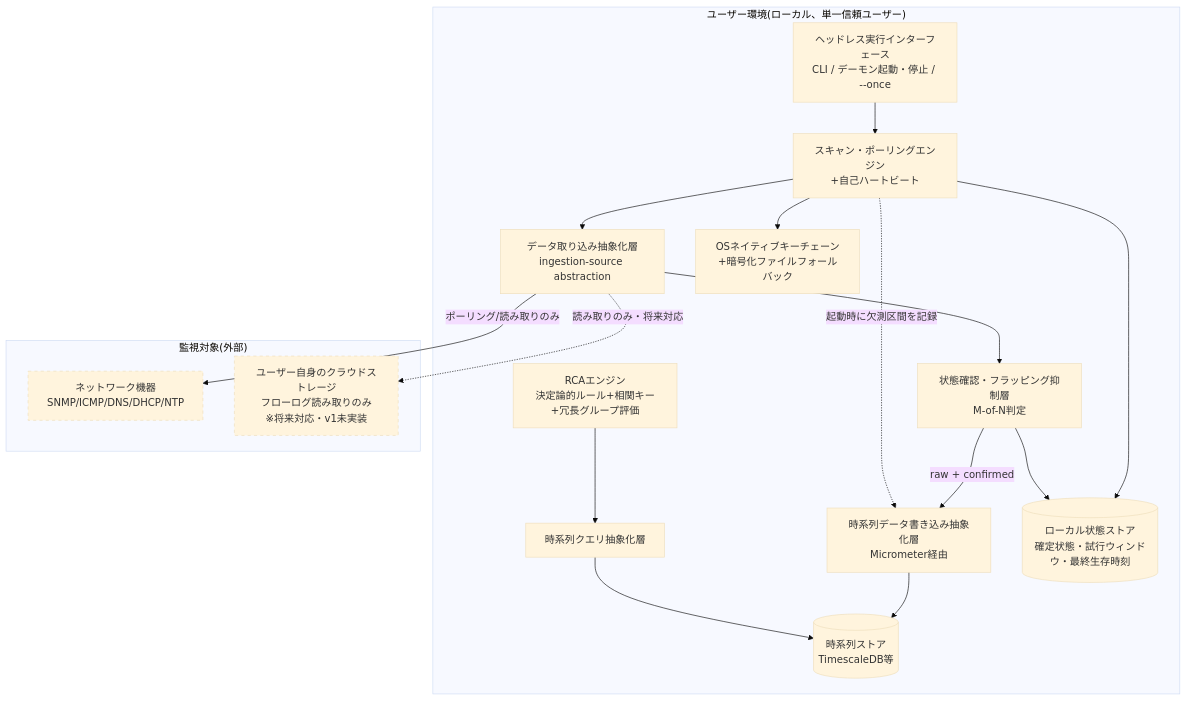
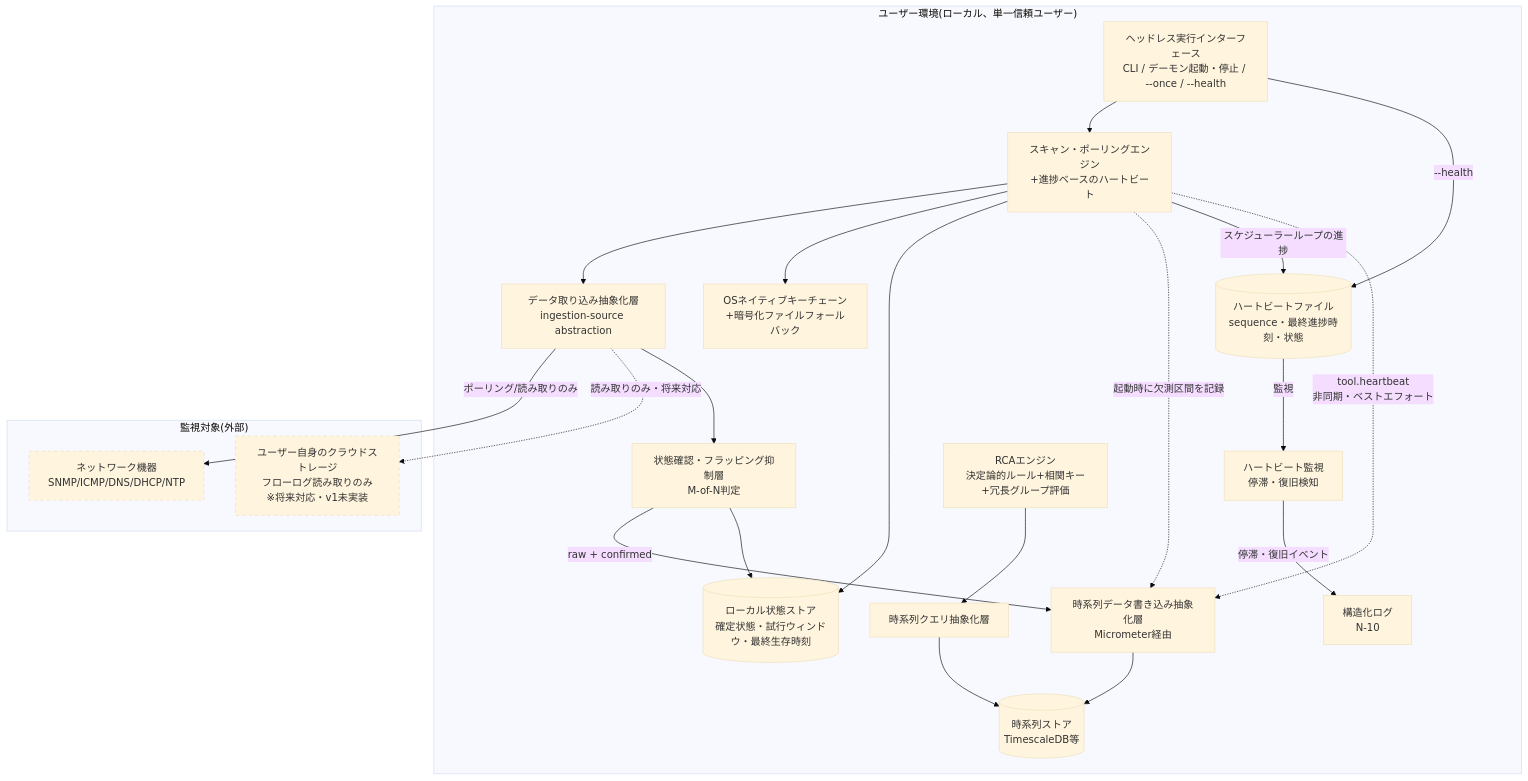
One commit to Haruyuzuriha/Myaku changed the diagram in docs/docs/システム設計/システム方式設計書.md. Above: the diagram before and after it, drawn with Mermaid (base theme). The commit also changed other lines of this file and 2 other files, not shown here.

Commit message:
Specify heartbeat mechanism for detecting scheduler stalls and data loss

````diff
--- a/docs/docs/システム設計/システム方式設計書.md
+++ b/docs/docs/システム設計/システム方式設計書.md
@@ -35,37 +35,45 @@
 ```mermaid
 graph TB
     subgraph "ユーザー環境(ローカル、単一信頼ユーザー)"
-        UI[ヘッドレス実行インターフェース<br/>CLI / デーモン起動・停止 / --once]
-        Engine[スキャン・ポーリングエンジン<br/>+自己ハートビート]
+        UI[ヘッドレス実行インターフェース<br/>CLI / デーモン起動・停止 / --once / --health]
+        Engine[スキャン・ポーリングエンジン<br/>+進捗ベースのハートビート]
+        HeartbeatFile[(ハートビートファイル<br/>sequence・最終進捗時刻・状態)]
+        Watchdog[ハートビート監視<br/>停滞・復旧検知]
+        Log[構造化ログ<br/>N-10]
         StateConfirm[状態確認・フラッピング抑制層<br/>M-of-N判定]
         RCA[RCAエンジン<br/>決定論的ルール+相関キー+冗長グループ評価]
         Ingest[データ取り込み抽象化層<br/>ingestion-source abstraction]
         WriteAbs[時系列データ書き込み抽象化層<br/>Micrometer経由]
         QueryAbs[時系列クエリ抽象化層]
         TSDB[(時系列ストア<br/>TimescaleDB等)]
         Keychain[OSネイティブキーチェーン<br/>+暗号化ファイルフォールバック]
         LocalState[(ローカル状態ストア<br/>確定状態・試行ウィンドウ・最終生存時刻)]
     end
 
     subgraph "監視対象(外部)"
         Net[ネットワーク機器<br/>SNMP/ICMP/DNS/DHCP/NTP]
         Cloud[ユーザー自身のクラウドストレージ<br/>フローログ読み取りのみ<br/>※将来対応・v1未実装]
     end
 
     UI --> Engine
+    UI -->|--health| HeartbeatFile
     Engine --> Ingest
     Ingest -->|ポーリング/読み取りのみ| Net
     Ingest -.->|読み取りのみ・将来対応| Cloud
     Ingest --> StateConfirm
     StateConfirm -->|raw + confirmed| WriteAbs
     WriteAbs --> TSDB
     QueryAbs --> TSDB
     RCA --> QueryAbs
     Engine --> Keychain
     Engine --> LocalState
     StateConfirm --> LocalState
     Engine -.->|起動時に欠測区間を記録| WriteAbs
+    Engine -->|スケジューラーループの進捗| HeartbeatFile
+    HeartbeatFile -->|監視| Watchdog
+    Watchdog -->|停滞・復旧イベント| Log
+    Engine -.->|tool.heartbeat<br/>非同期・ベストエフォート| WriteAbs
 
     style Cloud stroke-dasharray: 5 5
     style Net stroke-dasharray: 5 5
 ```
````
